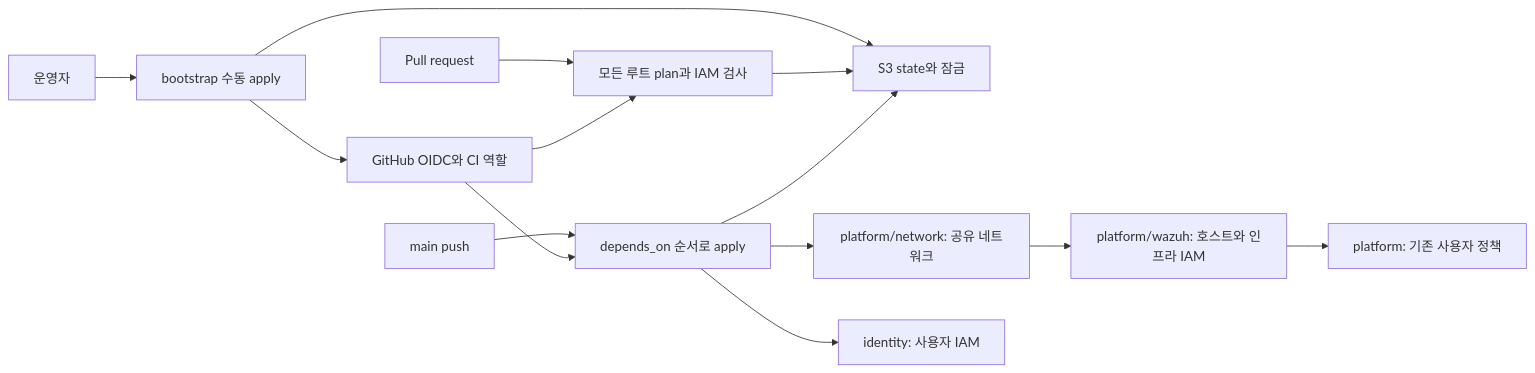
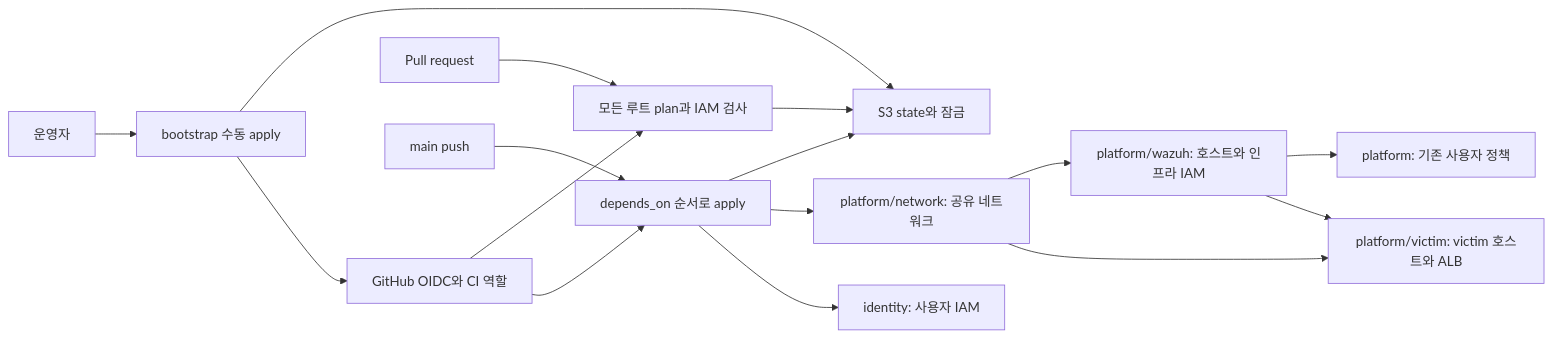
Before and after one commit to kintoun-secops/kintoun-infra: the first of 2 diagrams in docs/architecture.md, drawn with Mermaid. The commit also changed other lines of this file and 5 other files, not shown here.

````diff
--- a/docs/architecture.md
+++ b/docs/architecture.md
@@ -8,16 +8,18 @@
 ```mermaid
 flowchart LR
   Admin[운영자] --> Bootstrap[bootstrap 수동 apply]
   Bootstrap --> State[S3 state와 잠금]
   Bootstrap --> OIDC[GitHub OIDC와 CI 역할]
   PR[Pull request] --> Plan[모든 루트 plan과 IAM 검사]
   Main[main push] --> Apply[depends_on 순서로 apply]
   OIDC --> Plan
   OIDC --> Apply
   Plan --> State
   Apply --> State
   Apply --> Network[platform/network: 공유 네트워크]
   Network --> Wazuh[platform/wazuh: 호스트와 인프라 IAM]
   Apply --> Identity[identity: 사용자 IAM]
   Wazuh --> Legacy[platform: 기존 사용자 정책]
+  Network --> Victim[platform/victim: victim 호스트와 ALB]
+  Wazuh --> Victim
 ```
````
